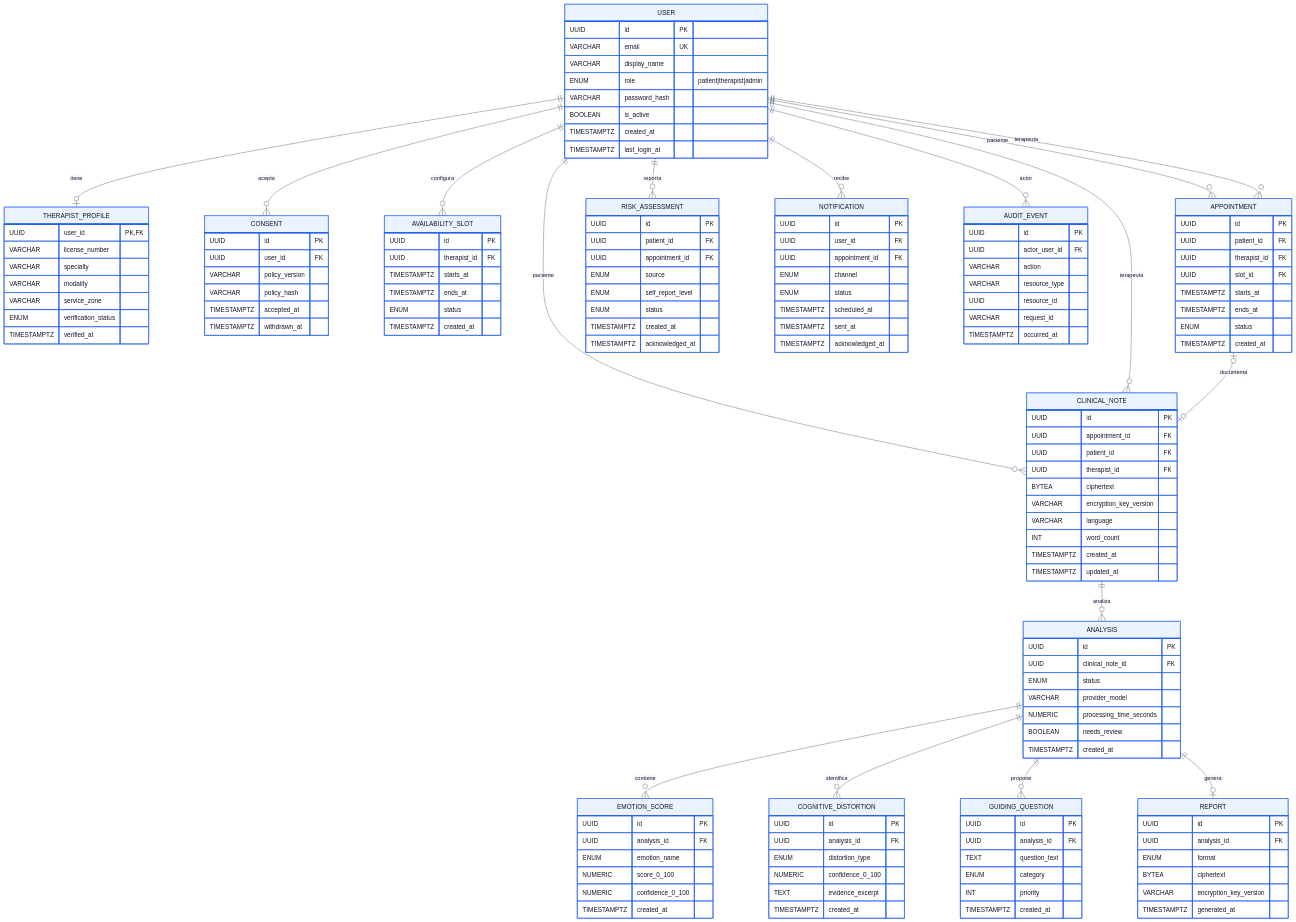
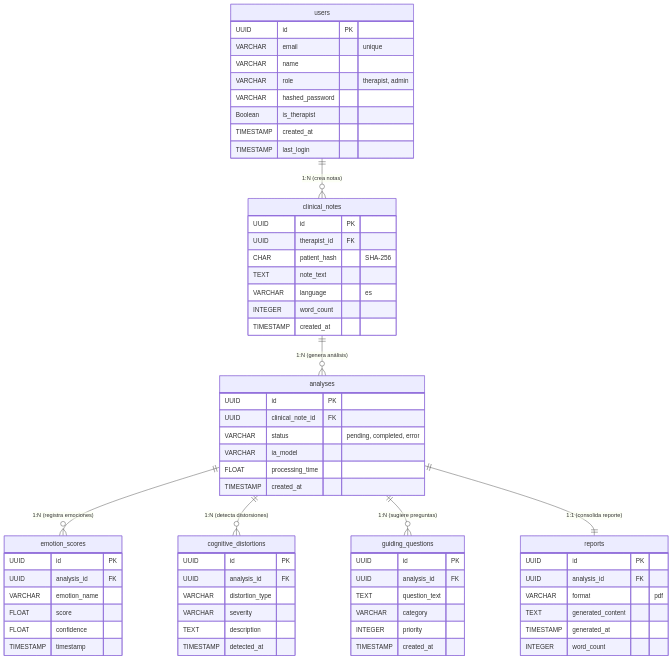
Before and after one commit to EdwarIbague23/MindAI: the diagram in mi-framework-ia/docs/diagrama_erd_mindflow.mmd, drawn with Mermaid. The commit also changed 3 other files, not shown here.

Commit message:
feat: add 4 Mermaid diagrams (Class, ER, Component, Use Case) based on real project structure

```diff
--- a/mi-framework-ia/docs/diagrama_erd_mindflow.mmd
+++ b/mi-framework-ia/docs/diagrama_erd_mindflow.mmd
@@ -1,170 +1,76 @@
-%%{init: {
-  'theme': 'base',
-  'themeVariables': {
-    'primaryColor': '#EAF3FF',
-    'primaryTextColor': '#0F172A',
-    'primaryBorderColor': '#2563EB',
-    'lineColor': '#475569',
-    'secondaryColor': '#F8FAFC',
-    'tertiaryColor': '#F5F3FF',
-    'fontFamily': 'Segoe UI, Arial'
-  }
-}}%%
 erDiagram
-    USER ||--o| THERAPIST_PROFILE : tiene
-    USER ||--o{ CONSENT : acepta
-    USER ||--o{ AVAILABILITY_SLOT : configura
-    USER ||--o{ APPOINTMENT : paciente
-    USER ||--o{ APPOINTMENT : terapeuta
-    USER ||--o{ CLINICAL_NOTE : paciente
-    USER ||--o{ CLINICAL_NOTE : terapeuta
-    APPOINTMENT o|--o| CLINICAL_NOTE : documenta
-    USER ||--o{ RISK_ASSESSMENT : reporta
-    USER ||--o{ NOTIFICATION : recibe
-    USER ||--o{ AUDIT_EVENT : actor
-    CLINICAL_NOTE ||--o{ ANALYSIS : analiza
-    ANALYSIS ||--o{ EMOTION_SCORE : contiene
-    ANALYSIS ||--o{ COGNITIVE_DISTORTION : identifica
-    ANALYSIS ||--o{ GUIDING_QUESTION : propone
-    ANALYSIS ||--o| REPORT : genera
-
-    USER {
+    %% Definición de Entidades Principales y Tablas Clínicas (PostgreSQL v16)
+    
+    users {
         UUID id PK
-        VARCHAR email UK
-        VARCHAR display_name
-        ENUM role "patient|therapist|admin"
-        VARCHAR password_hash
-        BOOLEAN is_active
-        TIMESTAMPTZ created_at
-        TIMESTAMPTZ last_login_at
+        VARCHAR email "unique"
+        VARCHAR name
+        VARCHAR role "therapist, admin"
+        VARCHAR hashed_password
+        Boolean is_therapist
+        TIMESTAMP created_at
+        TIMESTAMP last_login
     }
 
-    THERAPIST_PROFILE {
-        UUID user_id PK,FK
-        VARCHAR license_number
-        VARCHAR specialty
-        VARCHAR modality
-        VARCHAR service_zone
-        ENUM verification_status
-        TIMESTAMPTZ verified_at
+    clinical_notes {
+        UUID id PK
+        UUID therapist_id FK
+        CHAR patient_hash "SHA-256"
+        TEXT note_text
+        VARCHAR language "es"
+        INTEGER word_count
+        TIMESTAMP created_at
     }
 
-    CONSENT {
+    analyses {
         UUID id PK
-        UUID user_id FK
-        VARCHAR policy_version
-        VARCHAR policy_hash
-        TIMESTAMPTZ accepted_at
-        TIMESTAMPTZ withdrawn_at
+        UUID clinical_note_id FK
+        VARCHAR status "pending, completed, error"
+        VARCHAR ia_model
+        FLOAT processing_time
+        TIMESTAMP created_at
     }
 
-    AVAILABILITY_SLOT {
+    emotion_scores {
         UUID id PK
-        UUID therapist_id FK
-        TIMESTAMPTZ starts_at
-        TIMESTAMPTZ ends_at
-        ENUM status
-        TIMESTAMPTZ created_at
+        UUID analysis_id FK
+        VARCHAR emotion_name
+        FLOAT score
+        FLOAT confidence
+        TIMESTAMP timestamp
     }
 
-    APPOINTMENT {
+    cognitive_distortions {
         UUID id PK
-        UUID patient_id FK
-        UUID therapist_id FK
-        UUID slot_id FK
-        TIMESTAMPTZ starts_at
-        TIMESTAMPTZ ends_at
-        ENUM status
-        TIMESTAMPTZ created_at
+        UUID analysis_id FK
+        VARCHAR distortion_type
+        VARCHAR severity
+        TEXT description
+        TIMESTAMP detected_at
     }
 
-    CLINICAL_NOTE {
-        UUID id PK
-        UUID appointment_id FK
-        UUID patient_id FK
-        UUID therapist_id FK
-        BYTEA ciphertext
-        VARCHAR encryption_key_version
-        VARCHAR language
-        INT word_count
-        TIMESTAMPTZ created_at
-        TIMESTAMPTZ updated_at
-    }
-
-    RISK_ASSESSMENT {
-        UUID id PK
-        UUID patient_id FK
-        UUID appointment_id FK
-        ENUM source
-        ENUM self_report_level
-        ENUM status
-        TIMESTAMPTZ created_at
-        TIMESTAMPTZ acknowledged_at
-    }
-
-    NOTIFICATION {
-        UUID id PK
-        UUID user_id FK
-        UUID appointment_id FK
-        ENUM channel
-        ENUM status
-        TIMESTAMPTZ scheduled_at
-        TIMESTAMPTZ sent_at
-        TIMESTAMPTZ acknowledged_at
-    }
-
-    ANALYSIS {
-        UUID id PK
-        UUID clinical_note_id FK
-        ENUM status
-        VARCHAR provider_model
-        NUMERIC processing_time_seconds
-        BOOLEAN needs_review
-        TIMESTAMPTZ created_at
-    }
-
-    EMOTION_SCORE {
-        UUID id PK
-        UUID analysis_id FK
-        ENUM emotion_name
-        NUMERIC score_0_100
-        NUMERIC confidence_0_100
-        TIMESTAMPTZ created_at
-    }
-
-    COGNITIVE_DISTORTION {
-        UUID id PK
-        UUID analysis_id FK
-        ENUM distortion_type
-        NUMERIC confidence_0_100
-        TEXT evidence_excerpt
-        TIMESTAMPTZ created_at
-    }
-
-    GUIDING_QUESTION {
+    guiding_questions {
         UUID id PK
         UUID analysis_id FK
         TEXT question_text
-        ENUM category
-        INT priority
-        TIMESTAMPTZ created_at
+        VARCHAR category
+        INTEGER priority
+        TIMESTAMP created_at
     }
 
-    REPORT {
+    reports {
         UUID id PK
         UUID analysis_id FK
-        ENUM format
-        BYTEA ciphertext
-        VARCHAR encryption_key_version
-        TIMESTAMPTZ generated_at
+        VARCHAR format "pdf"
+        TEXT generated_content
+        TIMESTAMP generated_at
+        INTEGER word_count
     }
 
-    AUDIT_EVENT {
-        UUID id PK
-        UUID actor_user_id FK
-        VARCHAR action
-        VARCHAR resource_type
-        UUID resource_id
-        VARCHAR request_id
-        TIMESTAMPTZ occurred_at
-    }
+    %% Relaciones y Cardinalidades del Negocio
+    users ||--o{ clinical_notes : "1:N (crea notas)"
+    clinical_notes ||--o{ analyses : "1:N (genera análisis)"
+    analyses ||--o{ emotion_scores : "1:N (registra emociones)"
+    analyses ||--o{ cognitive_distortions : "1:N (detecta distorsiones)"
+    analyses ||--o{ guiding_questions : "1:N (sugiere preguntas)"
+    analyses ||--|| reports : "1:1 (consolida reporte)"
```
